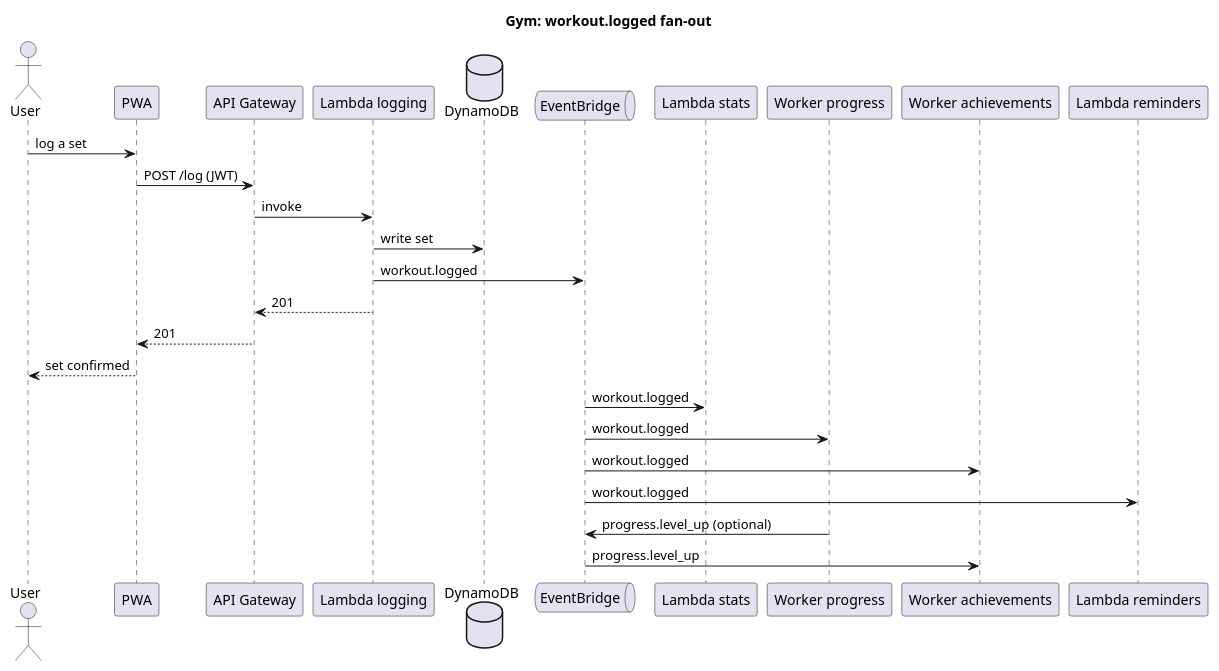
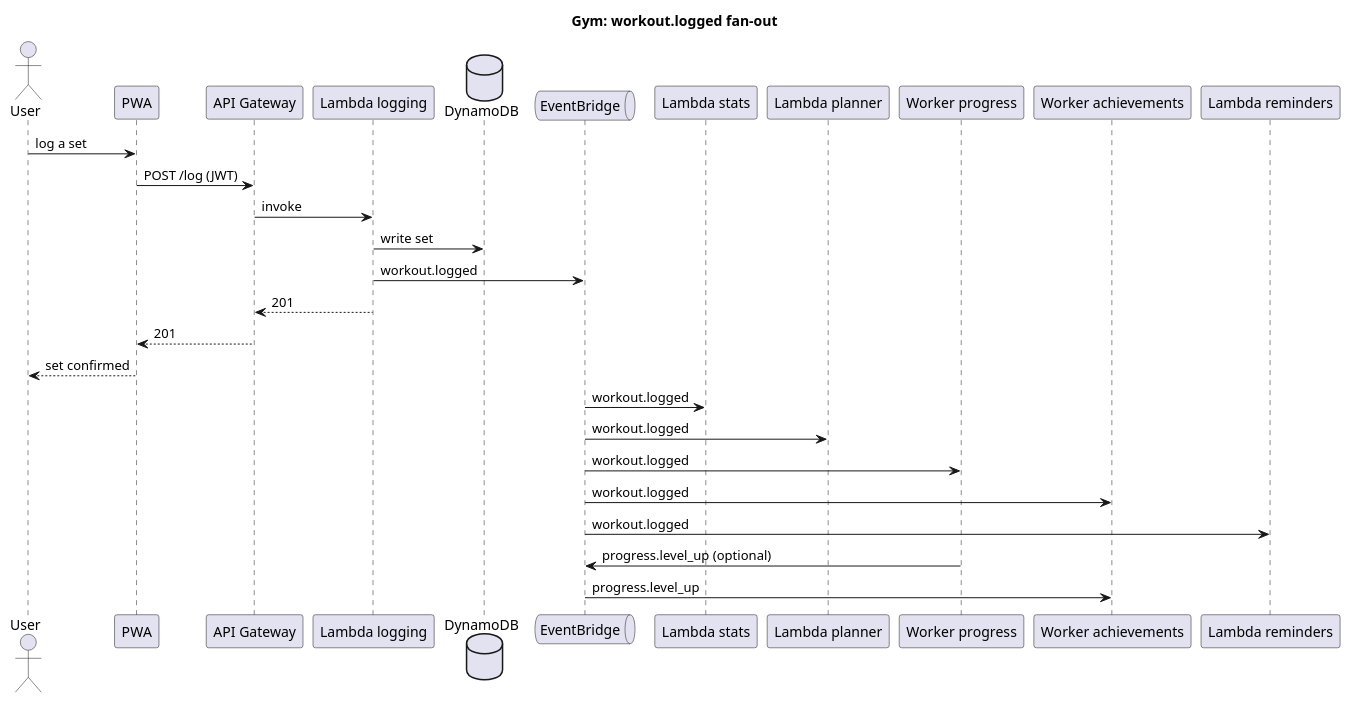
One commit to bobosiband/Gym changed the diagram in docs/uml/system/event-flow.puml. Above: the diagram before and after it, drawn with PlantUML. The commit also changed 2 other files, not shown here.

Commit message:
fix: draw planner as a workout.logged consumer in system diagrams
docs/events.md lists services/planner as a consumer of workout.logged.v1, but none of the three system PlantUML diagrams showed an EventBridge arrow to planner. Add the arrow in overview, deployment, and event-flow, labelled workout.logged, so the diagrams match the event catalogue.

Other consumers of workout.logged (stats, progress, achievements, reminders) were already drawn correctly; no further mismatches to fix.

```diff
--- a/docs/uml/system/event-flow.puml
+++ b/docs/uml/system/event-flow.puml
@@ -1,31 +1,33 @@
 @startuml event-flow
 title Gym: workout.logged fan-out
 
 actor User
 participant "PWA" as PWA
 participant "API Gateway" as APIGW
 participant "Lambda logging" as Logging
 database "DynamoDB" as Dynamo
 queue "EventBridge" as EB
 participant "Lambda stats" as Stats
+participant "Lambda planner" as Planner
 participant "Worker progress" as Progress
 participant "Worker achievements" as Achievements
 participant "Lambda reminders" as Reminders
 
 User -> PWA : log a set
 PWA -> APIGW : POST /log (JWT)
 APIGW -> Logging : invoke
 Logging -> Dynamo : write set
 Logging -> EB : workout.logged
 Logging --> APIGW : 201
 APIGW --> PWA : 201
 PWA --> User : set confirmed
 
 EB -> Stats : workout.logged
+EB -> Planner : workout.logged
 EB -> Progress : workout.logged
 EB -> Achievements : workout.logged
 EB -> Reminders : workout.logged
 Progress -> EB : progress.level_up (optional)
 EB -> Achievements : progress.level_up
 
 @enduml
```
